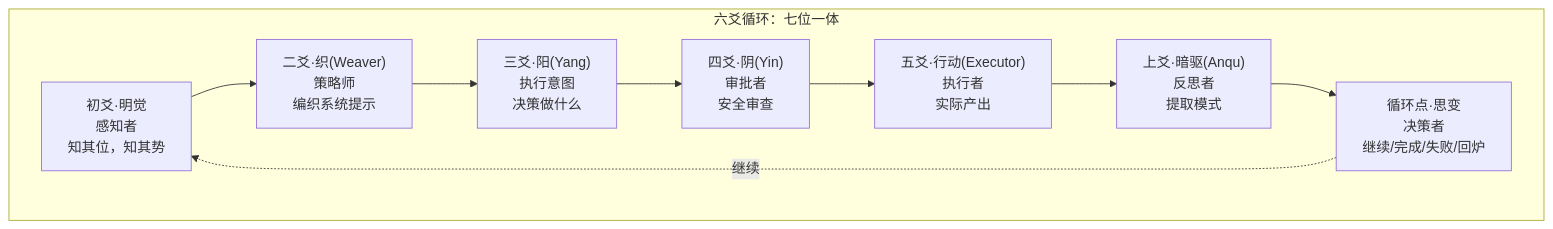
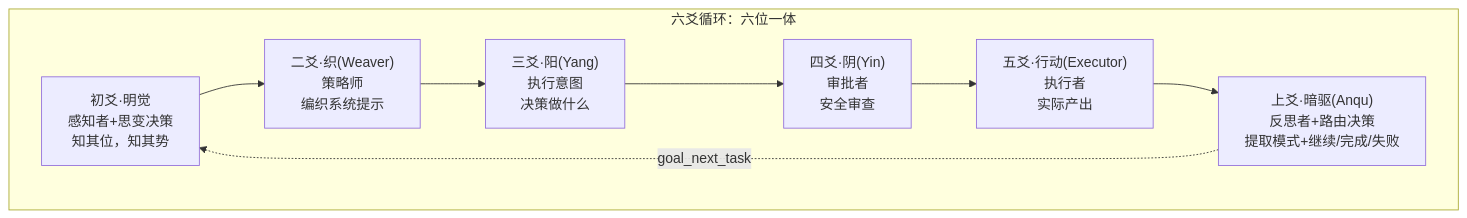
The fourth of 7 diagrams in docs/哲学篇-12-从易经到AI认知.md (wenge6090-cell/Taiji), drawn with Mermaid before and after one commit. The commit also changed other lines of this file and 163 other files, not shown here.

````diff
--- a/docs/哲学篇-12-从易经到AI认知.md
+++ b/docs/哲学篇-12-从易经到AI认知.md
@@ -192,15 +192,14 @@
 ```mermaid
 graph TB
-    subgraph "六爻循环：七位一体"
-        C1["初爻·明觉<br/>感知者<br/>知其位，知其势"]
+    subgraph "六爻循环：六位一体"
+        C1["初爻·明觉<br/>感知者+思变决策<br/>知其位，知其势"]
         C2["二爻·织(Weaver)<br/>策略师<br/>编织系统提示"]
         C3["三爻·阳(Yang)<br/>执行意图<br/>决策做什么"]
         C4["四爻·阴(Yin)<br/>审批者<br/>安全审查"]
         C5["五爻·行动(Executor)<br/>执行者<br/>实际产出"]
-        C6["上爻·暗驱(Anqu)<br/>反思者<br/>提取模式"]
-        C7["循环点·思变<br/>决策者<br/>继续/完成/失败/回炉"]
+        C6["上爻·暗驱(Anqu)<br/>反思者+路由决策<br/>提取模式+继续/完成/失败"]
     end
     
-    C1 --> C2 --> C3 --> C4 --> C5 --> C6 --> C7
-    C7 -.->|"继续"| C1
+    C1 --> C2 --> C3 --> C4 --> C5 --> C6
+    C6 -.->|"goal_next_task"| C1
 ```
````
